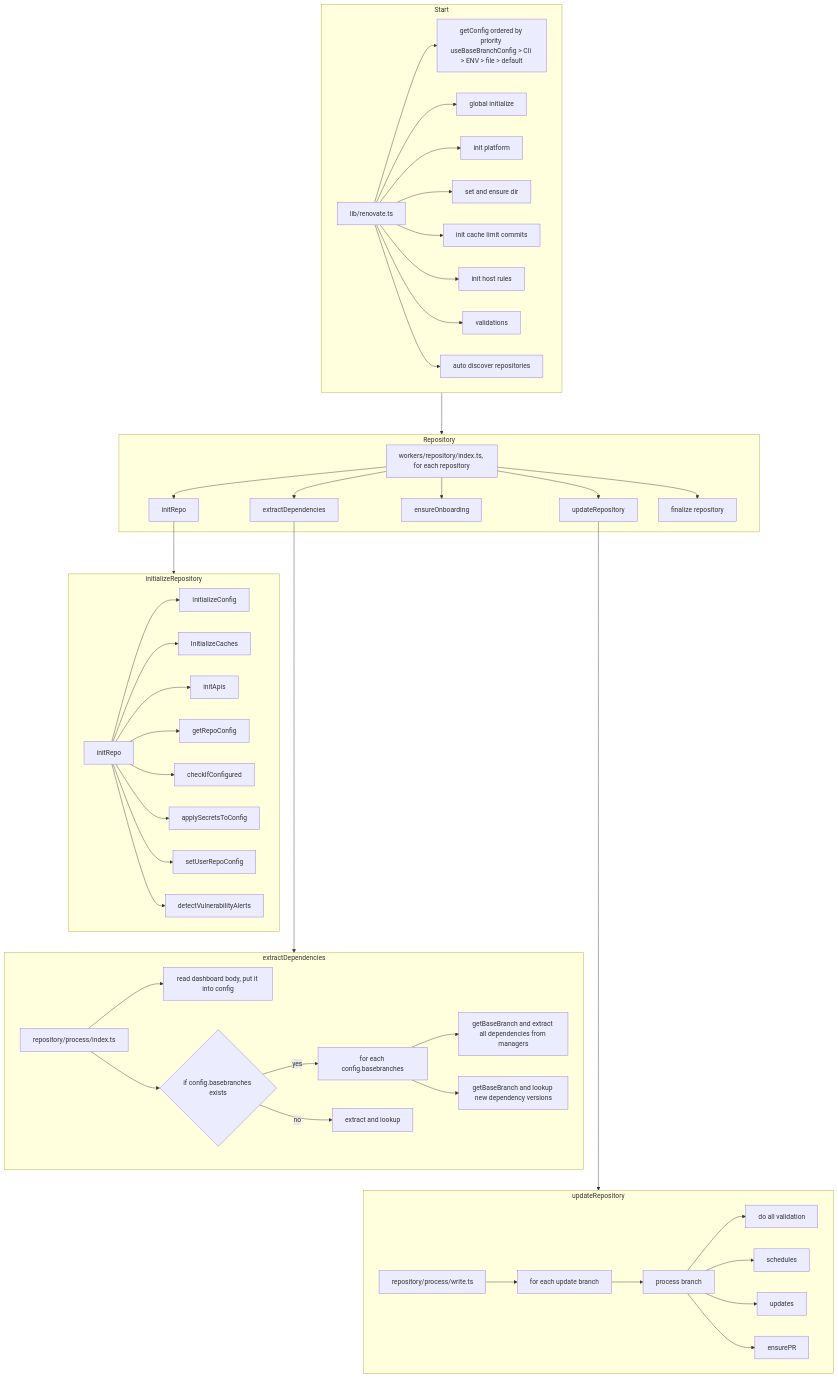
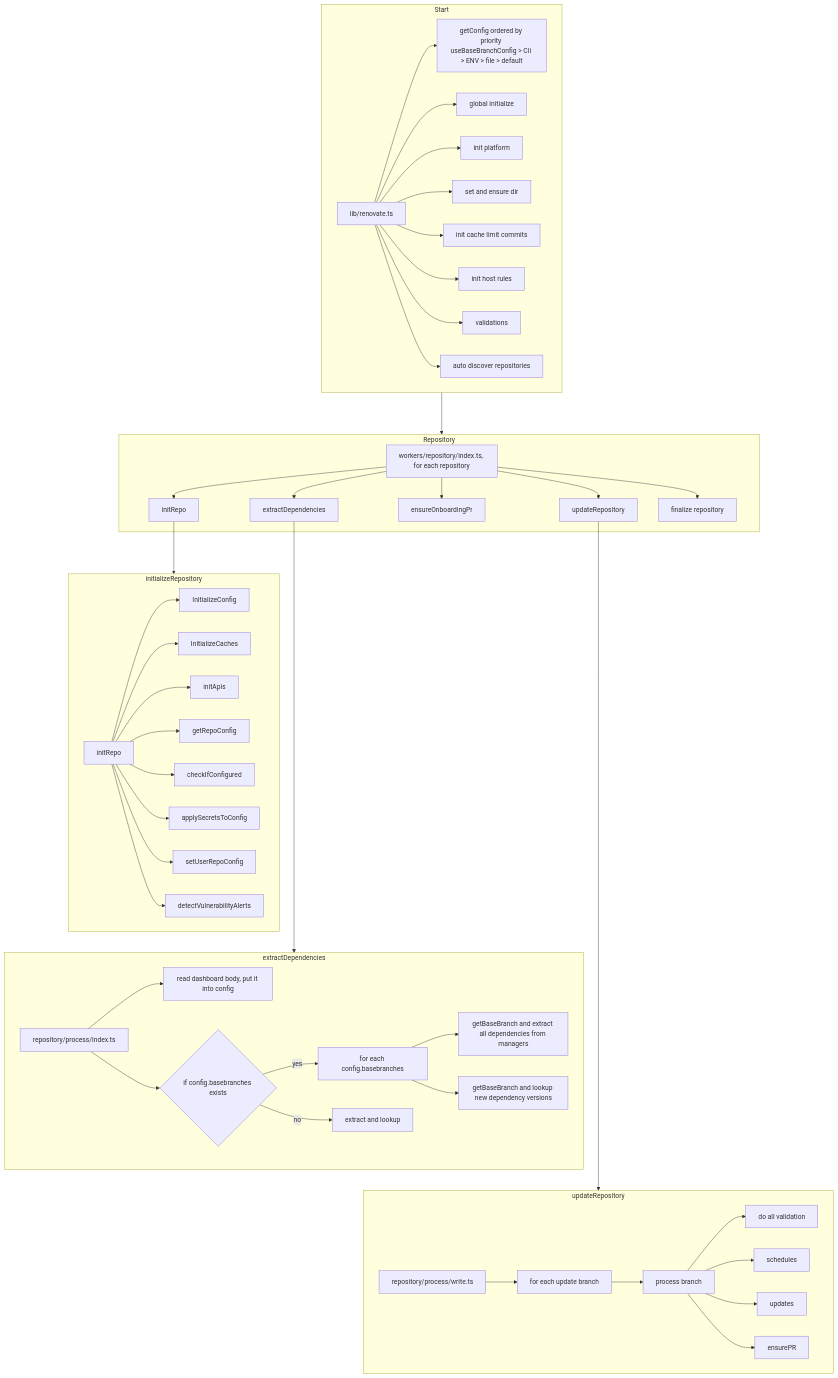
Before and after one commit to renovatebot/renovate: the diagram in docs/development/assets/renovate-flow.md, drawn with Mermaid. The commit also changed 5 other files, not shown here.

Commit message:
refactor(onboarding): keep ensureOnboardingPr name

````diff
--- a/docs/development/assets/renovate-flow.md
+++ b/docs/development/assets/renovate-flow.md
@@ -1,59 +1,59 @@
 ```mermaid
 flowchart TB
     subgraph Start
     A[lib/renovate.ts] --> B[getConfig ordered by priority useBaseBranchConfig > Cli > ENV > file > default]
     A --> C[global initialize]
     A --> D[init platform]
     A --> E[set and ensure dir]
     A --> F[init cache limit commits]
     A --> G[init host rules]
     A --> H[validations]
     A --> I[auto discover repositories]
     end
 
     subgraph Repository
     J[workers/repository/index.ts, for each repository]
     J --> K[initRepo]
     J --> L[extractDependencies]
-    J --> M[ensureOnboarding]
+    J --> M[ensureOnboardingPr]
     J --> N[updateRepository]
     J --> O[finalize repository]
     end
 
     subgraph initializeRepository
     X[initRepo]
     X--> P[InitializeConfig]
     X--> Q[InitializeCaches]
     X--> R[initApis]
     X--> S[getRepoConfig]
     X--> T[checkIfConfigured]
     X--> U[applySecretsToConfig]
     X--> V[setUserRepoConfig]
     X--> W[detectVulnerabilityAlerts]
     end
 
     subgraph extractDependencies
     Z[repository/process/index.ts]
     Z --> AA[read dashboard body, put it into config]
     Z --> QM{if config.basebranches exists}
     QM --> |yes| AB[for each config.basebranches]
     AB --> AC[getBaseBranch and extract all dependencies from managers]
     AB --> AD[getBaseBranch and lookup new dependency versions]
     QM --> |no| AE[extract and lookup]
     end
 
     subgraph updateRepository
     BA[repository/process/write.ts]
     BA--> BB[for each update branch]
     BB --> BC[process branch]
     BC --> BD[do all validation]
     BC --> BF[schedules]
     BC --> BG[updates]
     BC --> BH[ensurePR]
     end
 
     Start ---> Repository
     K ---> initializeRepository
     L ----> extractDependencies
     N -----> updateRepository
 ```
````
